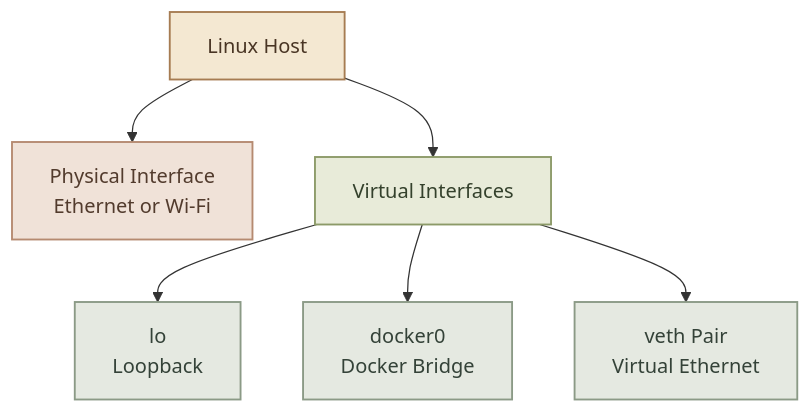
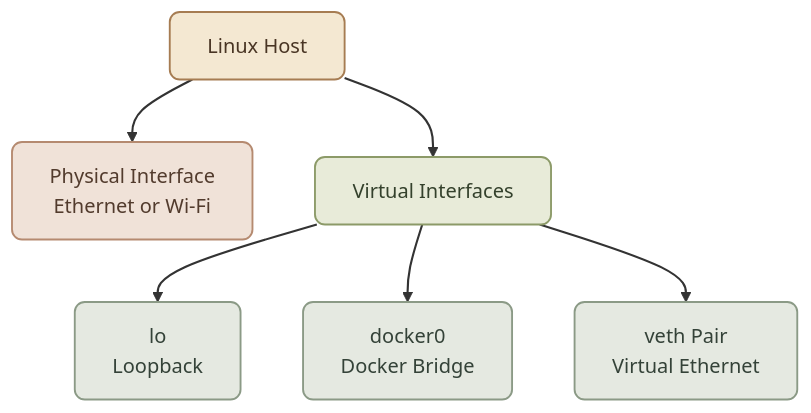
The second of 2 diagrams in content/networking/network-interface-card.mdx (mustafammasoud/ops-handbook), drawn with Mermaid before and after one commit. The commit also changed other lines of this file and 7 other files, not shown here.

````diff
--- a/content/networking/network-interface-card.mdx
+++ b/content/networking/network-interface-card.mdx
@@ -161,18 +188,19 @@
 ```mermaid id="b7c2mw"
 flowchart TD
     H["Linux Host"] --> P["Physical Interface<br/>Ethernet or Wi-Fi"]
     H --> V["Virtual Interfaces"]
     V --> L["lo<br/>Loopback"]
     V --> D["docker0<br/>Docker Bridge"]
     V --> E["veth Pair<br/>Virtual Ethernet"]
 
-    classDef host fill:#F4E8D2,stroke:#A67C52,color:#493524,stroke-width:1.5px
-    classDef physical fill:#F0E2D8,stroke:#B58A70,color:#523B2D,stroke-width:1.5px
-    classDef virtual fill:#E8EBD9,stroke:#8C9A68,color:#34412C,stroke-width:1.5px
-    classDef iface fill:#E5E9E1,stroke:#8B9A86,color:#344238,stroke-width:1.5px
+    classDef host fill:#F4E8D2,stroke:#A67C52,color:#493524,stroke-width:1.5px,rx:8,ry:8
+    classDef physical fill:#F0E2D8,stroke:#B58A70,color:#523B2D,stroke-width:1.5px,rx:8,ry:8
+    classDef virtual fill:#E8EBD9,stroke:#8C9A68,color:#34412C,stroke-width:1.5px,rx:8,ry:8
+    classDef iface fill:#E5E9E1,stroke:#8B9A86,color:#344238,stroke-width:1.5px,rx:8,ry:8
 
     class H host
     class P physical
     class V virtual
     class L,D,E iface
+    linkStyle default stroke-width:1.7px
 ```
````
